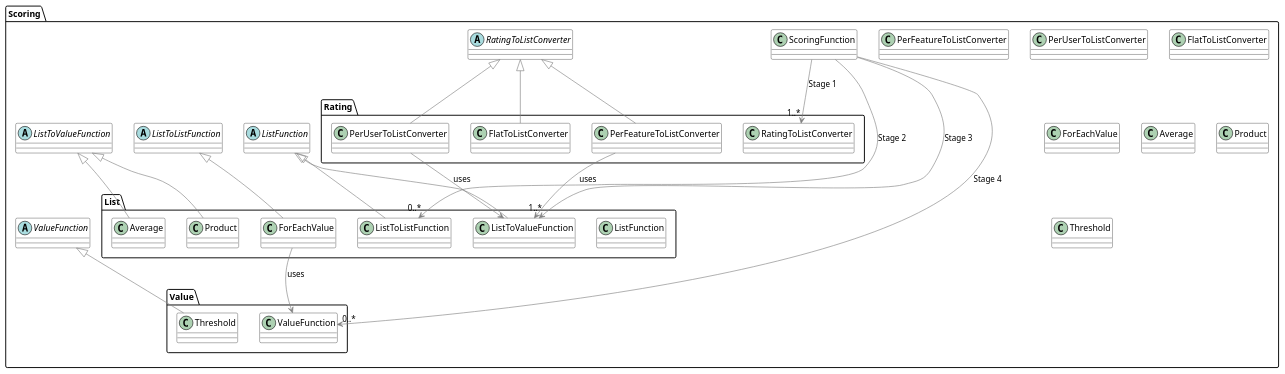
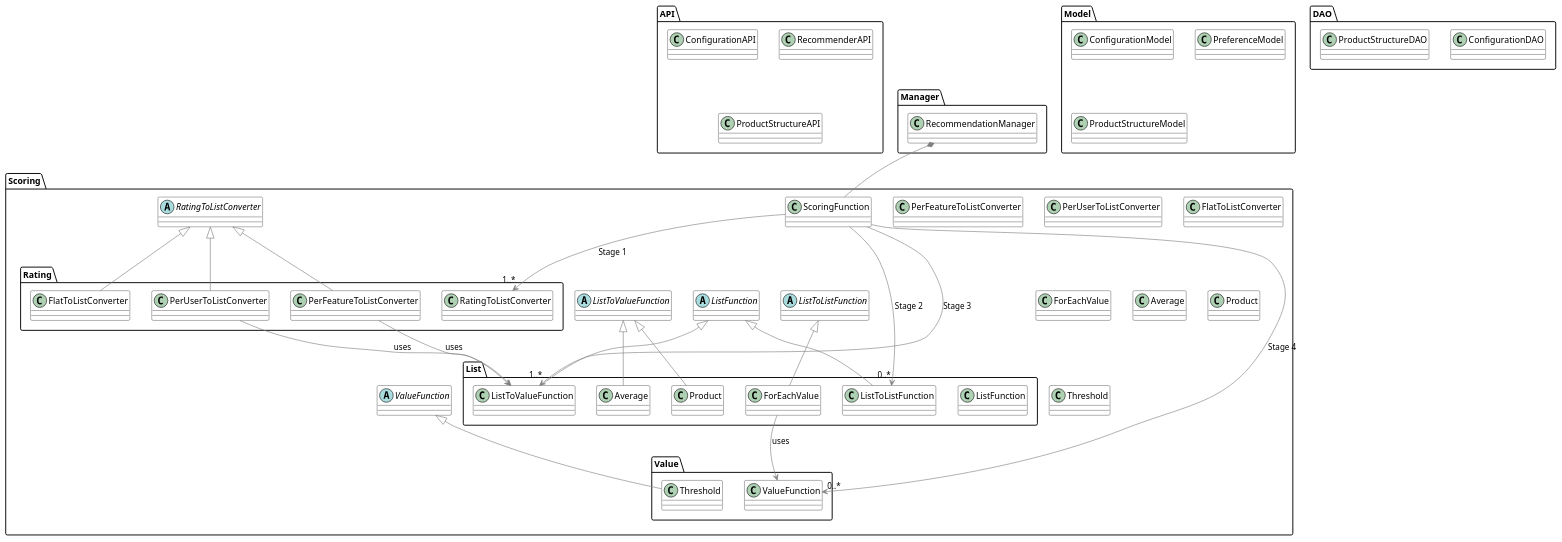
One commit to 13hannes11/bachelor_thesis changed the diagram in Additional_Notes/class_diagram.plantuml. Above: the diagram before and after it, drawn with PlantUML.

Commit message:
add other classes

```diff
--- a/Additional_Notes/class_diagram.plantuml
+++ b/Additional_Notes/class_diagram.plantuml
@@ -1,103 +1,129 @@
 @startuml
 
 skinparam class {
 	BackgroundColor White
 	ArrowColor Grey
 	BorderColor Black
 }
 skinparam shadowing false
 
+package API {
+    class ConfigurationAPI
+    class RecommenderAPI
+    class ProductStructureAPI
+}
+
+package Manager {
+    class RecommendationManager
+}
+
+package Model{
+    class ConfigurationModel
+    class PreferenceModel
+    class ProductStructureModel
+}
+
+package DAO {
+    class ConfigurationDAO
+    class ProductStructureDAO
+}
+
 package Scoring {  
+    
+    
+
     package List {
         class ListFunction
         class ListToListFunction
         class ListToValueFunction
         class Average
         class Product
         class ForEachValue
     }
 
     package Value {
         class ValueFunction
         class Threshold
     }
 
     package Rating {
         class RatingToListConverter
         class FlatToListConverter
         class PerUserToListConverter
         class PerFeatureToListConverter
     }
 
 
     ScoringFunction --> "1..*" RatingToListConverter : Stage 1
     ScoringFunction --> "0..*" ListToListFunction : Stage 2
     ScoringFunction --> "1..*" ListToValueFunction : Stage 3
     ScoringFunction --> "0..*" ValueFunction : Stage 4
 
     class ScoringFunction{
 
     }
 
     abstract class RatingToListConverter {
 
     }
 
     RatingToListConverter <|-- PerFeatureToListConverter
     PerFeatureToListConverter --> ListToValueFunction :uses
     class PerFeatureToListConverter {
 
     }
     RatingToListConverter <|-- PerUserToListConverter
     PerUserToListConverter --> ListToValueFunction :uses
     class PerUserToListConverter {
 
     }
     RatingToListConverter <|-- FlatToListConverter
     class FlatToListConverter {
 
     }
  
     abstract class ListFunction {
 
     }
 
     ListFunction <|-- ListToListFunction
     abstract class ListToListFunction {
 
     }
 
     ListToListFunction <|-- ForEachValue
     ForEachValue --> ValueFunction:uses
     class ForEachValue {
 
     }
 
 
     ListFunction <|-- ListToValueFunction
     abstract class ListToValueFunction {
         
     }
 
     ListToValueFunction <|-- Average
     class Average {
         
     }
     ListToValueFunction <|-- Product
     class Product {
 
     }
 
     abstract class ValueFunction{
 
     }
 
     ValueFunction <|-- Threshold
     class Threshold {
         
     }
 }
 
+RecommendationManager *-- ScoringFunction
+
 
 
 @enduml
```
